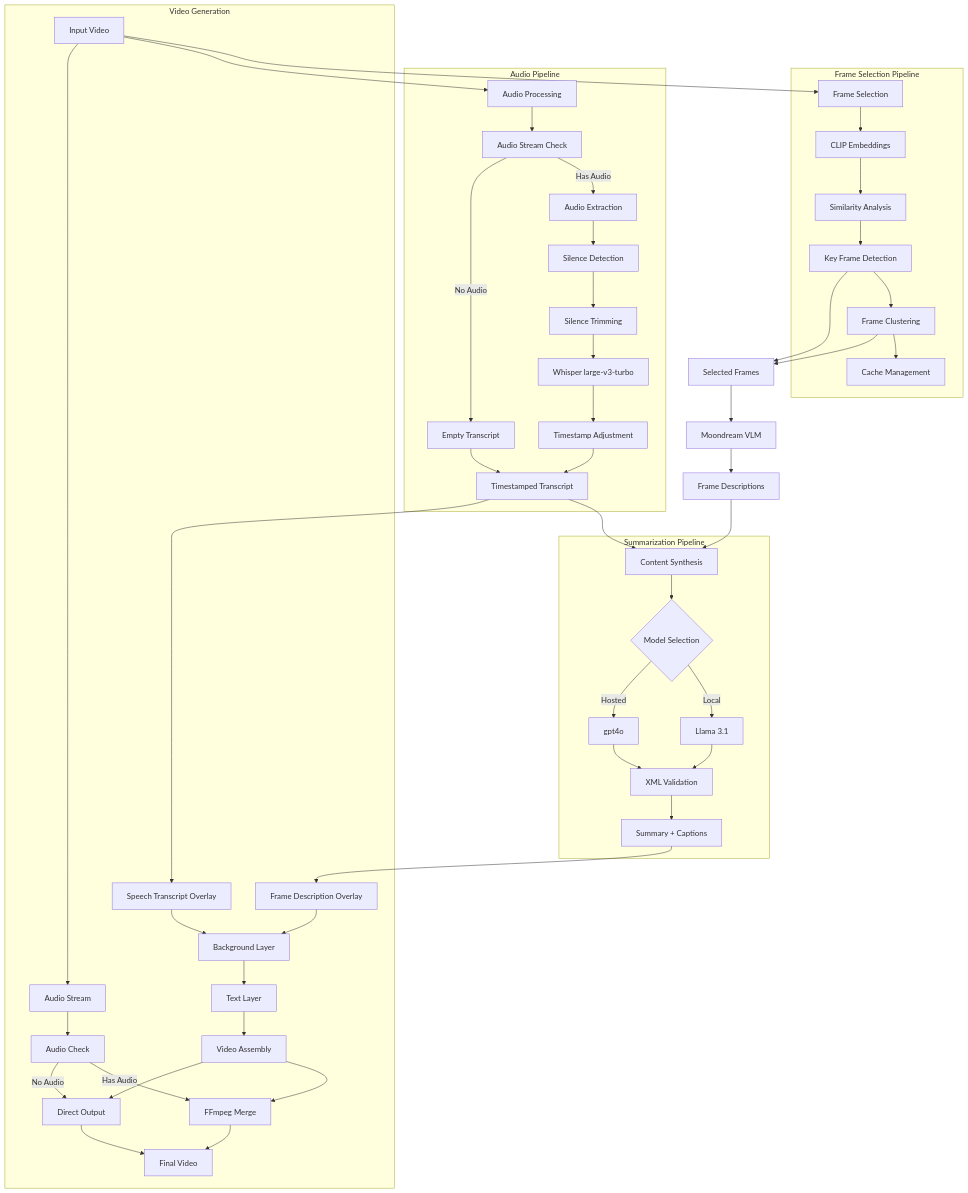
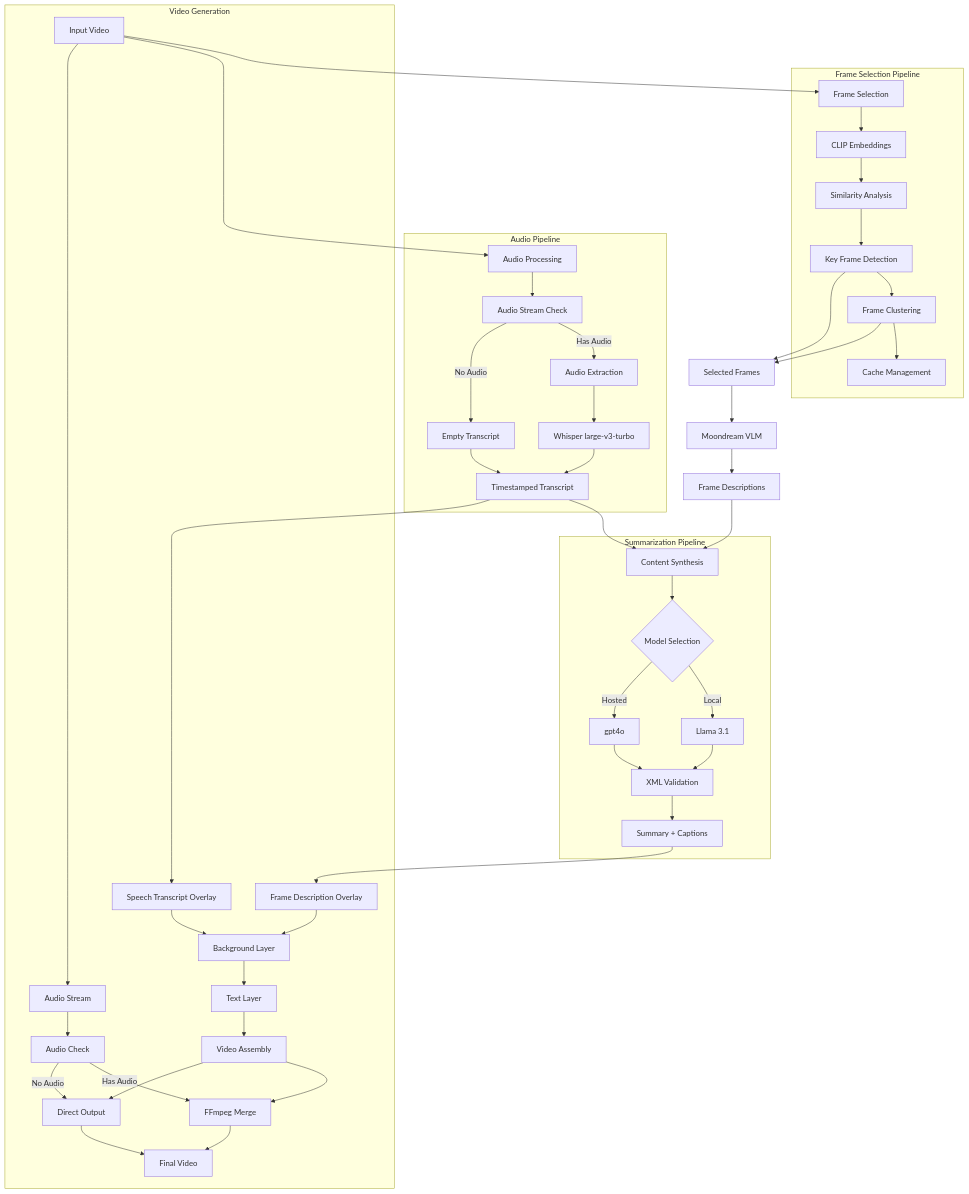
One commit to parsakhaz/video-understanding-engine changed the first of 2 diagrams in README.md. Above: the diagram before and after it, drawn with Mermaid. The commit also changed other lines of this file and 1 other file, not shown here.

Commit message:
revert to whisper client (less accurate and longer chunks, but at least timestamps work, which is higher pri - they are broken on transformers version of model). make audio processing simpler, just pull raw mp3, weirdly results in better transcriptions this way

````diff
--- a/README.md
+++ b/README.md
@@ -134,59 +132,56 @@
 ```mermaid
 graph TD
     A[Input Video] --> B[Frame Selection]
     A --> C[Audio Processing]
     
     subgraph "Frame Selection Pipeline"
     B --> D[CLIP Embeddings]
     D --> E[Similarity Analysis]
     E --> F[Key Frame Detection]
     F --> G[Frame Clustering]
     G --> H[Cache Management]
     end
     
     subgraph "Audio Pipeline"
     C --> AA[Audio Stream Check]
     AA -->|Has Audio| AE[Audio Extraction]
     AA -->|No Audio| AB[Empty Transcript]
-    AE --> AF[Silence Detection]
-    AF --> AG[Silence Trimming]
-    AG --> I[Whisper large-v3-turbo]
-    I --> AH[Timestamp Adjustment]
-    AH --> J[Timestamped Transcript]
+    AE --> I[Whisper large-v3-turbo]
+    I --> J[Timestamped Transcript]
     AB --> J
     end
     
     F --> L[Selected Frames]
     G --> L
     L --> M[Moondream VLM]
     M --> N[Frame Descriptions]
     
     J --> O[Content Synthesis]
     N --> O
     
     subgraph "Summarization Pipeline"
     O --> P{Model Selection}
     P -->|Local| Q[Llama 3.1]
     P -->|Hosted| R[gpt4o]
     Q --> S[XML Validation]
     R --> S
     S --> T[Summary + Captions]
     end
     
     subgraph "Video Generation"
     T --> U[Frame Description Overlay]
     J --> V[Speech Transcript Overlay]
     U --> AI[Background Layer]
     AI --> AJ[Text Layer]
     V --> AI
     AJ --> W[Video Assembly]
     A --> X[Audio Stream]
     X --> AC[Audio Check]
     AC -->|Has Audio| Y[FFmpeg Merge]
     AC -->|No Audio| AD[Direct Output]
     W --> Y
     W --> AD
     Y --> AK[Final Video]
     AD --> AK
     end
 ```
````
